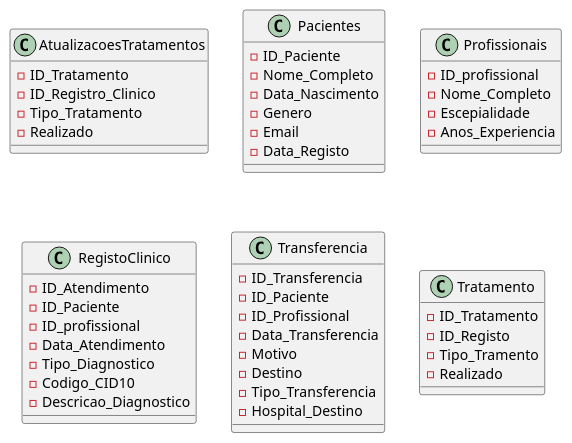
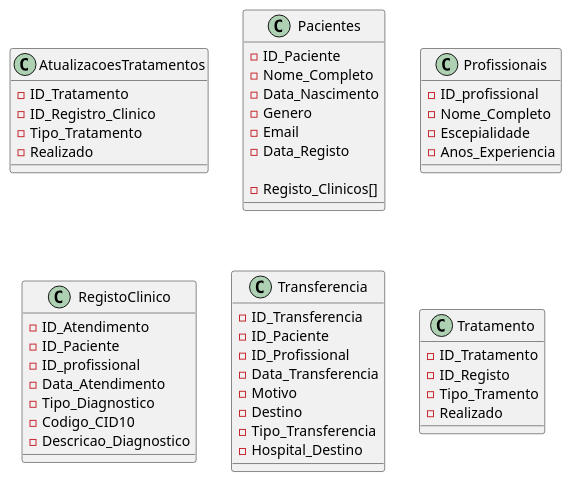
Before and after one commit to Arturito2005/TrabalhoPEI: the diagram in CodigosMongo/DesenhoModelacaoBD/ModelacaoBD.plantuml, drawn with PlantUML. The commit also changed 5 other files, not shown here.

```diff
--- a/CodigosMongo/DesenhoModelacaoBD/ModelacaoBD.plantuml
+++ b/CodigosMongo/DesenhoModelacaoBD/ModelacaoBD.plantuml
@@ -1,50 +1,52 @@
 class AtualizacoesTratamentos {
     - ID_Tratamento
     - ID_Registro_Clinico
     - Tipo_Tratamento
     - Realizado
 }
 
 class Pacientes {
     - ID_Paciente
     - Nome_Completo
     - Data_Nascimento
     - Genero 
     - Email
     - Data_Registo
+
+    - Registo_Clinicos[]
 }
 
 class Profissionais {
     - ID_profissional
     - Nome_Completo
     - Escepialidade
     - Anos_Experiencia
 }
 
 class RegistoClinico {
     - ID_Atendimento
     - ID_Paciente
     - ID_profissional
     - Data_Atendimento
     - Tipo_Diagnostico
     - Codigo_CID10
     - Descricao_Diagnostico
 }
 
 class Transferencia {
     - ID_Transferencia
     - ID_Paciente
     - ID_Profissional
     - Data_Transferencia
     - Motivo 
     - Destino 
     - Tipo_Transferencia
     - Hospital_Destino 
 }
 
 class Tratamento {
     - ID_Tratamento 
     - ID_Registo
     - Tipo_Tramento 
     - Realizado 
 }
```
